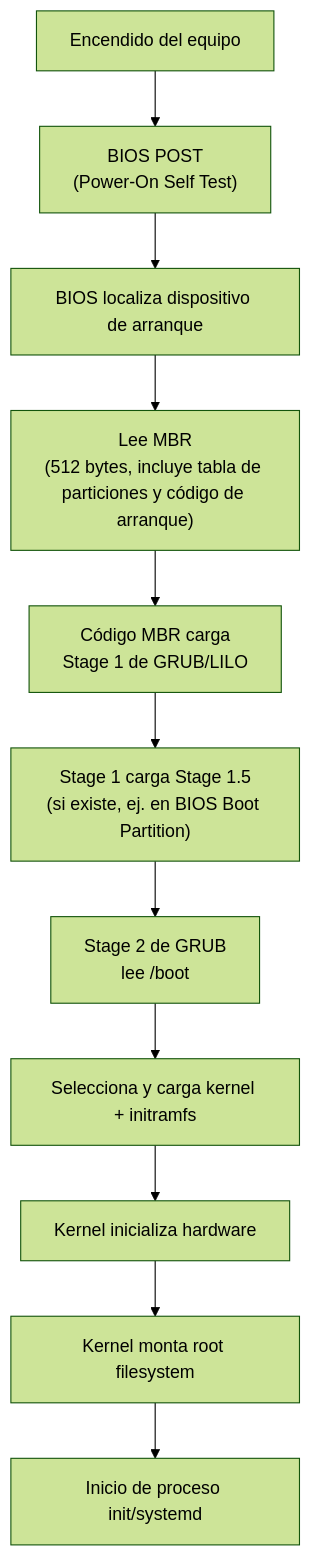
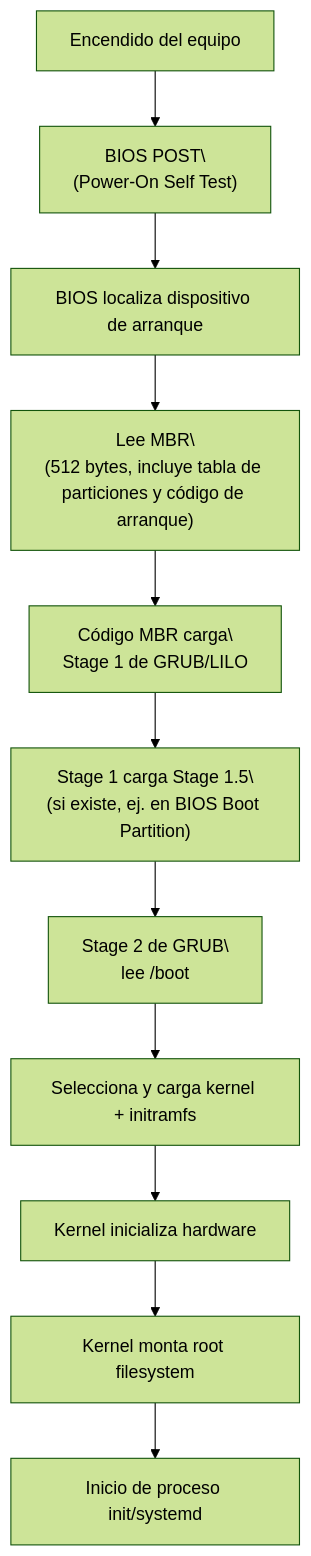
Before and after one commit to GualaDRAKE/LFS4Students-ES: the first of 3 diagrams in Anexos_LFS4Students-ES/Bios_boot-UEFI.md, drawn with Mermaid (forest theme). The commit also changed other lines of this file, not shown here.

````diff
--- a/Anexos_LFS4Students-ES/Bios_boot-UEFI.md
+++ b/Anexos_LFS4Students-ES/Bios_boot-UEFI.md
@@ -284,13 +284,13 @@
 ```mermaid
 flowchart TD
-    A["Encendido del equipo"] --> B["BIOS POST\n(Power-On Self Test)"]
+    A["Encendido del equipo"] --> B["BIOS POST\\n(Power-On Self Test)"]
     B --> C["BIOS localiza dispositivo de arranque"]
-    C --> D["Lee MBR\n(512 bytes, incluye tabla de particiones y código de arranque)"]
-    D --> E["Código MBR carga\nStage 1 de GRUB/LILO"]
-    E --> F["Stage 1 carga Stage 1.5\n(si existe, ej. en BIOS Boot Partition)"]
-    F --> G["Stage 2 de GRUB\nlee /boot"]
+    C --> D["Lee MBR\\n(512 bytes, incluye tabla de particiones y código de arranque)"]
+    D --> E["Código MBR carga\\nStage 1 de GRUB/LILO"]
+    E --> F["Stage 1 carga Stage 1.5\\n(si existe, ej. en BIOS Boot Partition)"]
+    F --> G["Stage 2 de GRUB\\nlee /boot"]
     G --> H["Selecciona y carga kernel + initramfs"]
     H --> I["Kernel inicializa hardware"]
     I --> J["Kernel monta root filesystem"]
     J --> K["Inicio de proceso init/systemd"]
 ```
````
